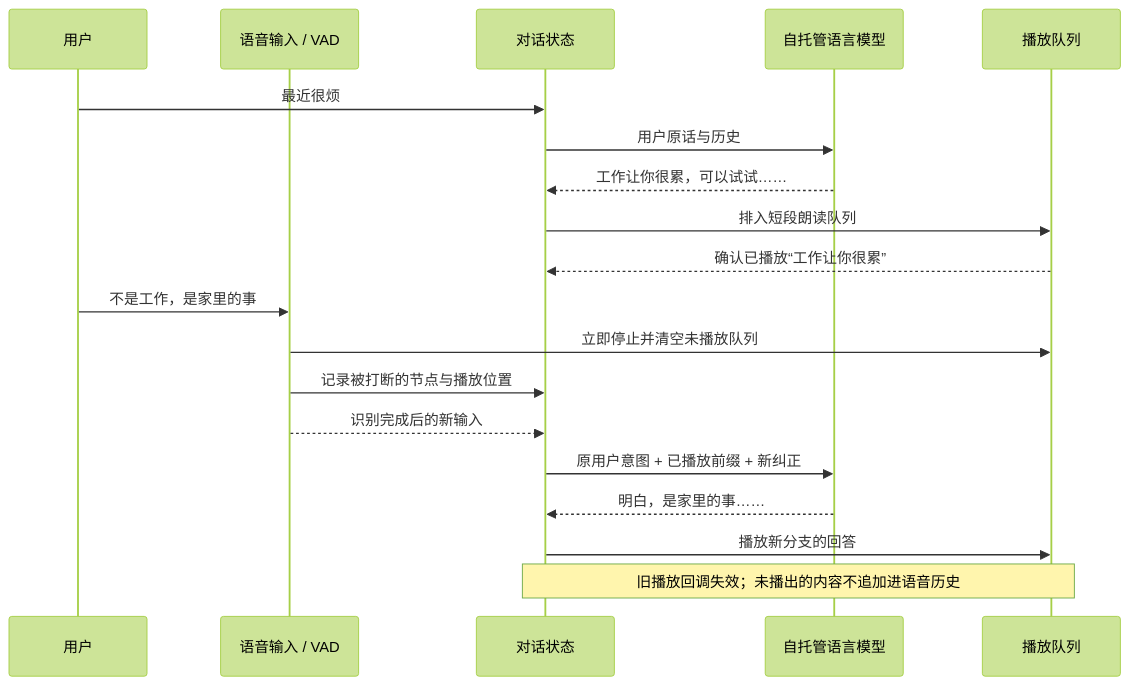
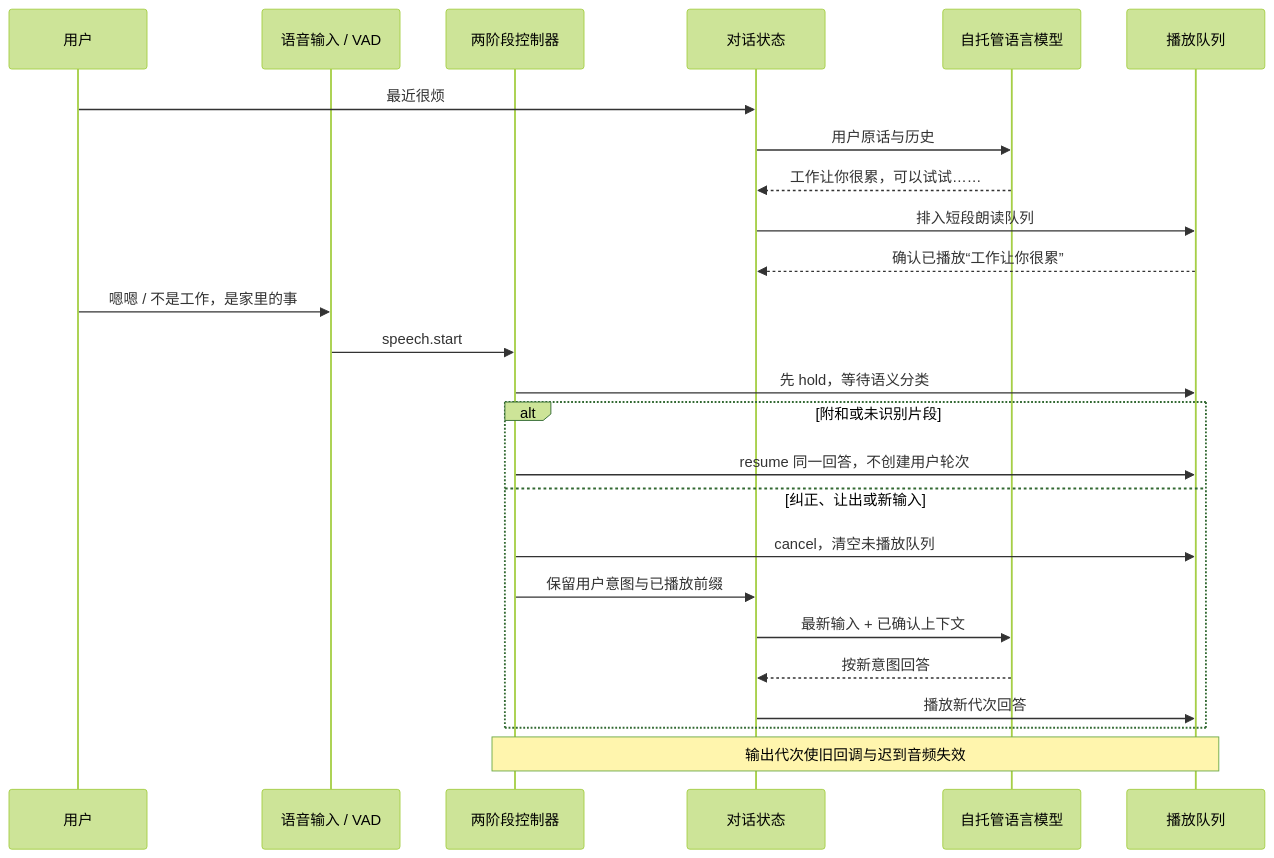
One commit to wuki-creator/Xim-duplex changed the third of 6 diagrams in docs/MODEL_FLOW.md. Above: the diagram before and after it, drawn with Mermaid (forest theme). The commit also changed other lines of this file and 18 other files, not shown here.

````diff
--- a/docs/MODEL_FLOW.md
+++ b/docs/MODEL_FLOW.md
@@ -67,21 +72,27 @@
 ```mermaid
 sequenceDiagram
     participant U as 用户
     participant V as 语音输入 / VAD
+    participant C as 两阶段控制器
     participant D as 对话状态
     participant L as 自托管语言模型
     participant P as 播放队列
     U->>D: 最近很烦
     D->>L: 用户原话与历史
     L-->>D: 工作让你很累，可以试试……
     D->>P: 排入短段朗读队列
     P-->>D: 确认已播放“工作让你很累”
-    U->>V: 不是工作，是家里的事
-    V->>P: 立即停止并清空未播放队列
-    V->>D: 记录被打断的节点与播放位置
-    V-->>D: 识别完成后的新输入
-    D->>L: 原用户意图 + 已播放前缀 + 新纠正
-    L-->>D: 明白，是家里的事……
-    D->>P: 播放新分支的回答
-    Note over D,P: 旧播放回调失效；未播出的内容不追加进语音历史
+    U->>V: 嗯嗯 / 不是工作，是家里的事
+    V->>C: speech.start
+    C->>P: 先 hold，等待语义分类
+    alt 附和或未识别片段
+        C->>P: resume 同一回答，不创建用户轮次
+    else 纠正、让出或新输入
+        C->>P: cancel，清空未播放队列
+        C->>D: 保留用户意图与已播放前缀
+        D->>L: 最新输入 + 已确认上下文
+        L-->>D: 按新意图回答
+        D->>P: 播放新代次回答
+    end
+    Note over C,P: 输出代次使旧回调与迟到音频失效
 ```
````
